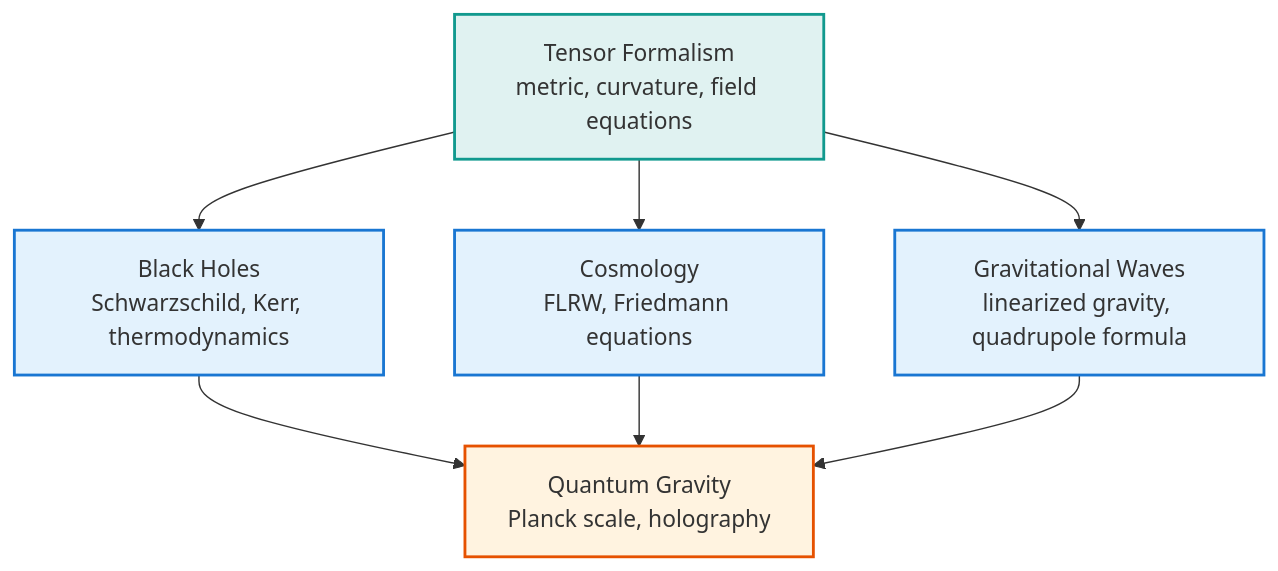
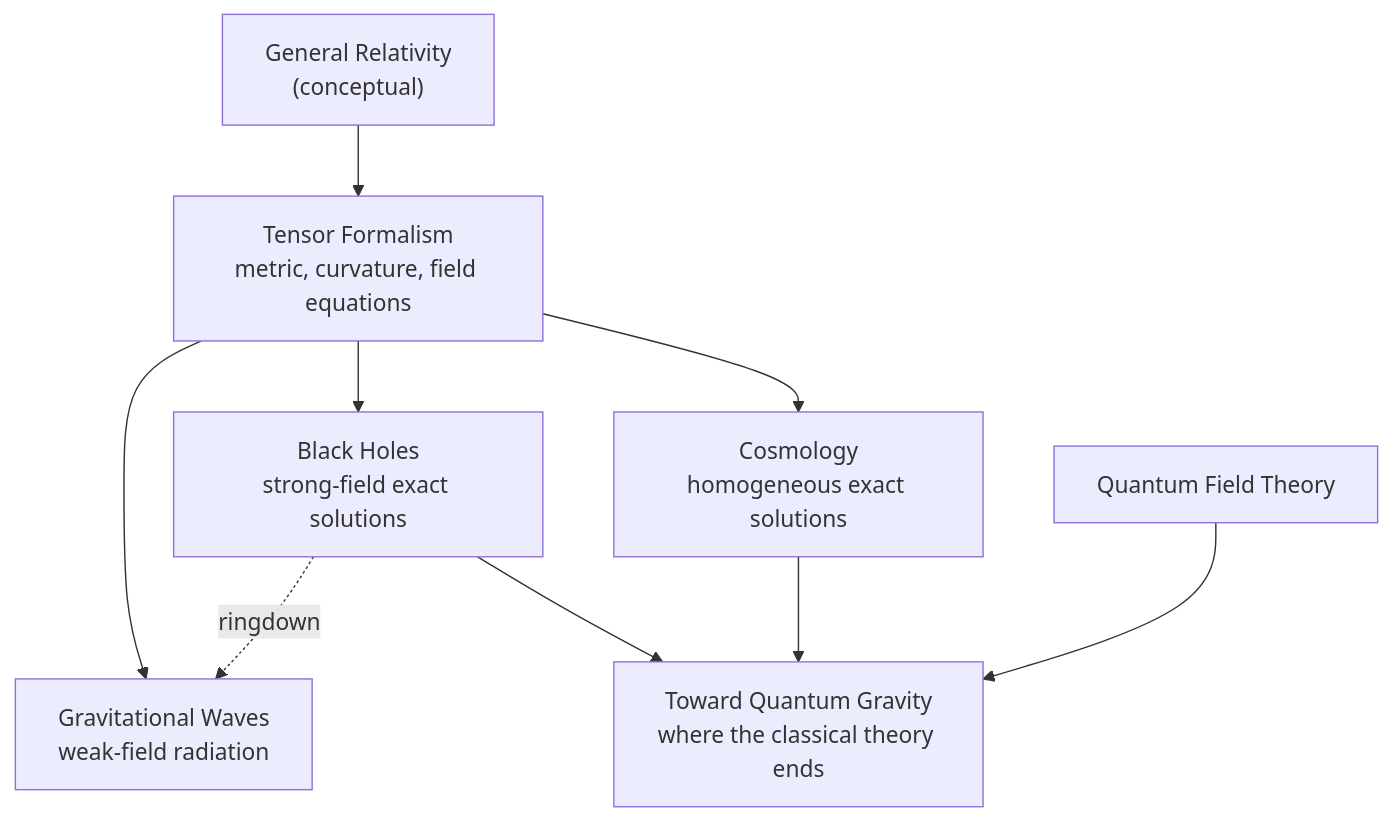
The diagram in github-pages/docs/physics/relativity/advanced.md (AndrewAltimit/Documentation), drawn with Mermaid before and after one commit. The commit also changed other lines of this file and 240 other files, not shown here.

````diff
--- a/github-pages/docs/physics/relativity/advanced.md
+++ b/github-pages/docs/physics/relativity/advanced.md
@@ -29,15 +30,11 @@
 ```mermaid
 graph TD
-    TF["Tensor Formalism<br/>metric, curvature, field equations"] --> BH["Black Holes<br/>Schwarzschild, Kerr, thermodynamics"]
-    TF --> COS["Cosmology<br/>FLRW, Friedmann equations"]
-    TF --> GW["Gravitational Waves<br/>linearized gravity, quadrupole formula"]
-    BH --> QG["Quantum Gravity<br/>Planck scale, holography"]
+    GR["General Relativity<br/>(conceptual)"] --> TF["Tensor Formalism<br/>metric, curvature, field equations"]
+    TF --> BH["Black Holes<br/>strong-field exact solutions"]
+    TF --> GW["Gravitational Waves<br/>weak-field radiation"]
+    TF --> COS["Cosmology<br/>homogeneous exact solutions"]
+    BH -. "ringdown" .-> GW
+    BH --> QG["Toward Quantum Gravity<br/>where the classical theory ends"]
     COS --> QG
-    GW --> QG
-    classDef geom fill:#e0f2f1,stroke:#11998e,stroke-width:2px;
-    classDef app fill:#e3f2fd,stroke:#1976d2,stroke-width:2px;
-    classDef frontier fill:#fff3e0,stroke:#e65100,stroke-width:2px;
-    class TF geom;
-    class BH,COS,GW app;
-    class QG frontier;
+    QFT["Quantum Field Theory"] --> QG
 ```
````
